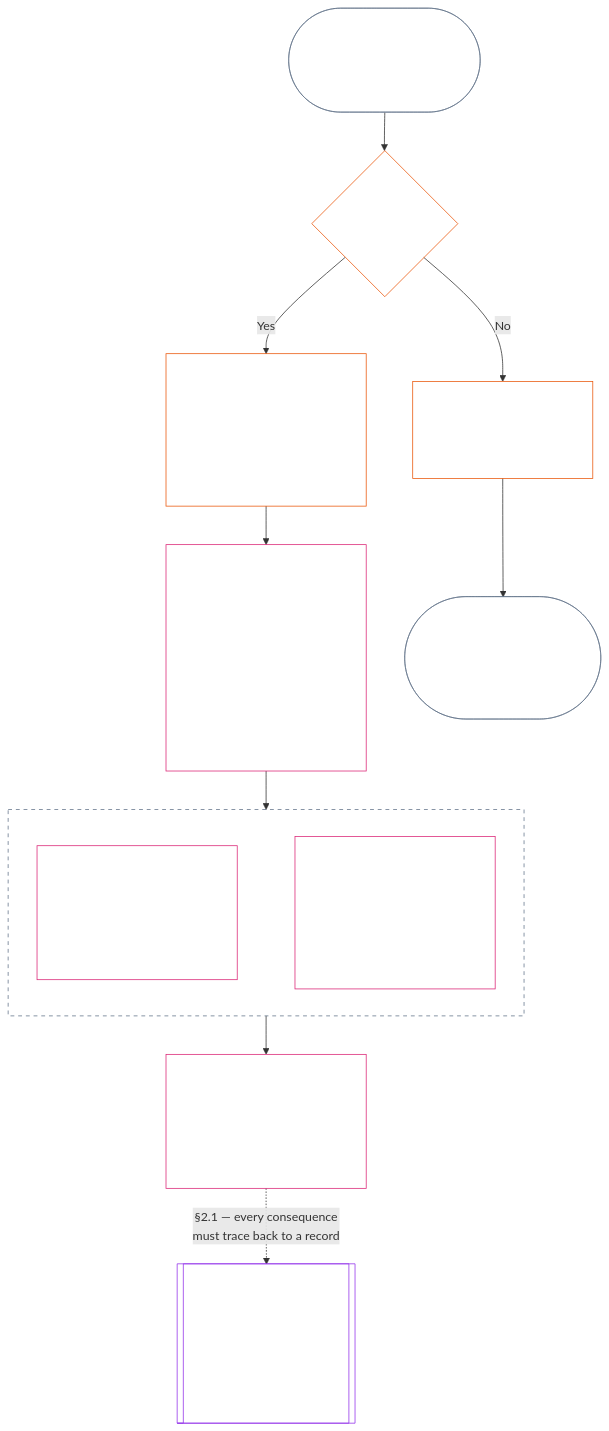
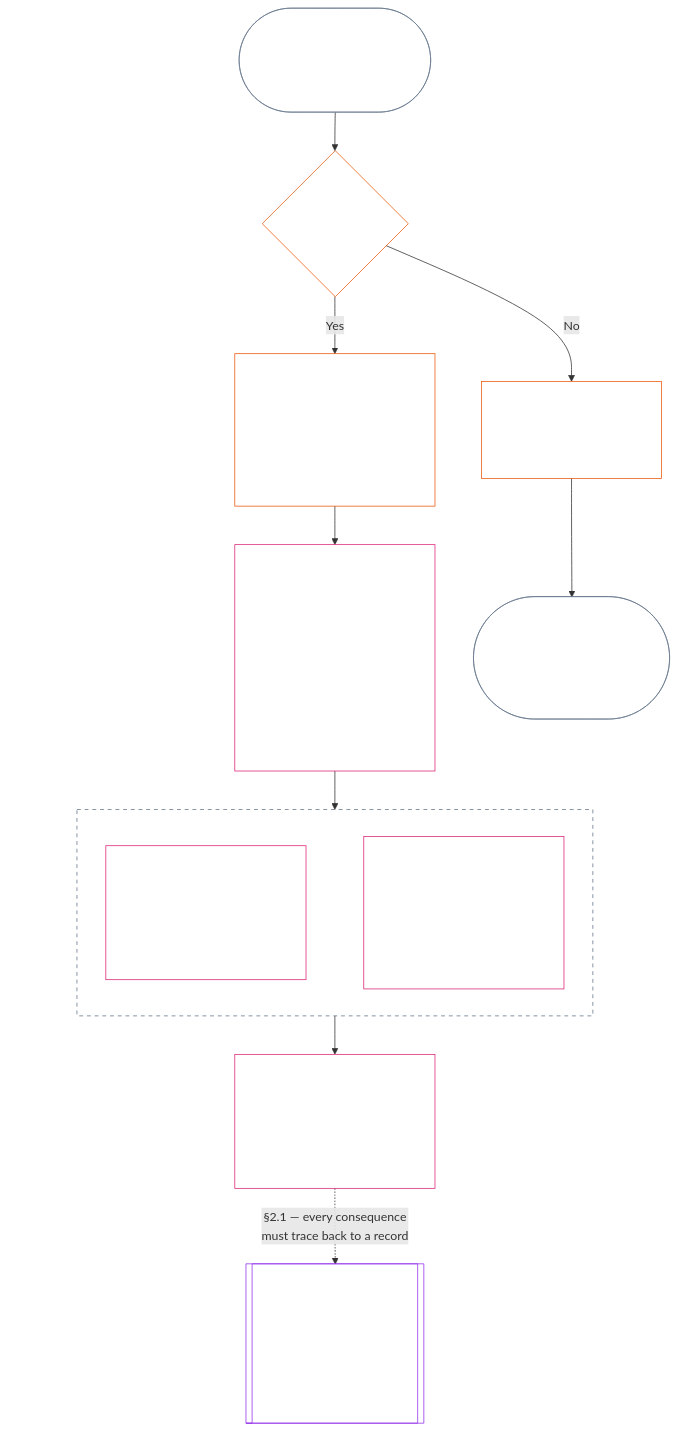
Before and after one commit to kfoelsch/Sentient_Constitution: the first of 2 diagrams in core_11.000_standing_assessment.md, drawn with Mermaid.

Commit message:
Chapter 11 section 2 chart: center the main column on one axis
Add two invisible spacer nodes on the left so Event and the Verified trigger decision sit over Open the record instead of midway to the Not triggers branch. Layout only; no box text changed (VIS-CHART-CENTER-05).

Claude-Session: https://claude.ai/code/session_017X1cyHoaKoDAKvTCxg6TVt

````diff
--- a/core_11.000_standing_assessment.md
+++ b/core_11.000_standing_assessment.md
@@ -166,35 +166,41 @@
 ```mermaid
 flowchart TB
+    SP1["&nbsp;&nbsp;&nbsp;&nbsp;&nbsp;&nbsp;&nbsp;&nbsp;&nbsp;&nbsp;&nbsp;&nbsp;&nbsp;&nbsp;&nbsp;&nbsp;&nbsp;&nbsp;&nbsp;&nbsp;&nbsp;&nbsp;&nbsp;&nbsp;&nbsp;&nbsp;&nbsp;&nbsp;&nbsp;&nbsp;&nbsp;&nbsp;&nbsp;&nbsp;&nbsp;&nbsp;&nbsp;&nbsp;&nbsp;&nbsp;&nbsp;&nbsp;&nbsp;&nbsp;&nbsp;"]
+    SP2["&nbsp;&nbsp;&nbsp;&nbsp;&nbsp;&nbsp;&nbsp;&nbsp;&nbsp;&nbsp;&nbsp;&nbsp;&nbsp;&nbsp;&nbsp;&nbsp;&nbsp;&nbsp;&nbsp;&nbsp;&nbsp;&nbsp;&nbsp;&nbsp;&nbsp;&nbsp;&nbsp;&nbsp;&nbsp;&nbsp;&nbsp;&nbsp;&nbsp;&nbsp;&nbsp;&nbsp;&nbsp;&nbsp;&nbsp;&nbsp;&nbsp;&nbsp;&nbsp;&nbsp;&nbsp;"]
     E(["Event<br/><br/>A bounded event, or a defined pattern<br/>of repeated conduct"])
     D{"§2.3, §2.5, §4<br/>Verified trigger?"}
     O["§5 Open the record<br/><br/>A named record-opening authority approves.<br/>A separate record custodian makes the entry.<br/>§2.2 The subject is notified"]
     C["§2 What every record states<br/><br/>Subject, scope, and time span<br/>One bounded event or one defined pattern<br/>Verified and disputed facts<br/>Evidence, attribution, and challenge path<br/>Review, correction, and supersession status"]
     subgraph K["§2.1 Two kinds of record, never merged into a net score"]
         Con["§2.1 Contribution standing record<br/><br/>Verified help<br/>§7 Measured on the Contribution Axis"]
         Vio["§2.1 Violation standing record<br/><br/>Verified harm, including accountability failures<br/>§7 Measured on the Violation Axis"]
         Con ~~~ Vio
     end
     L["§2.4 Linked records<br/><br/>One subject may hold several records over time.<br/>Related records cross-reference but never offset"]
     X[["Chapter Twelve — Question 3<br/><br/>Outside this chapter<br/><br/>Consequences are drawn from the records<br/>and never rewrite them"]]
     N["§2.3 Not triggers<br/><br/>An allegation, popularity,<br/>or protected dissent"]
     S(["§2.2 Silence is the default<br/><br/>No record. Having none is the ordinary state<br/>and says nothing about anyone"])
     E --> D
+    D ~~~ SP1
+    SP1 ~~~ SP2
     D -->|Yes| O
     D -->|No| N
     N --> S
     O --> C
     C --> K
     K --> L
     L -.->|"§2.1 — every consequence<br/>must trace back to a record"| X
     style E fill:none,stroke:#64748b,color:#ffffff
     style N fill:none,stroke:#ea580c,color:#ffffff
     style S fill:none,stroke:#64748b,color:#ffffff
     style D fill:none,stroke:#ea580c,color:#ffffff
     style O fill:none,stroke:#ea580c,color:#ffffff
     style C fill:none,stroke:#db2777,color:#ffffff
     style Con fill:none,stroke:#db2777,color:#ffffff
     style Vio fill:none,stroke:#db2777,color:#ffffff
     style K fill:none,stroke:#64748b,color:#ffffff,stroke-dasharray: 5 5
     style L fill:none,stroke:#db2777,color:#ffffff
     style X fill:none,stroke:#9333ea,color:#ffffff
+    style SP1 fill:none,stroke:none,color:#111111
+    style SP2 fill:none,stroke:none,color:#111111
 ```
````
